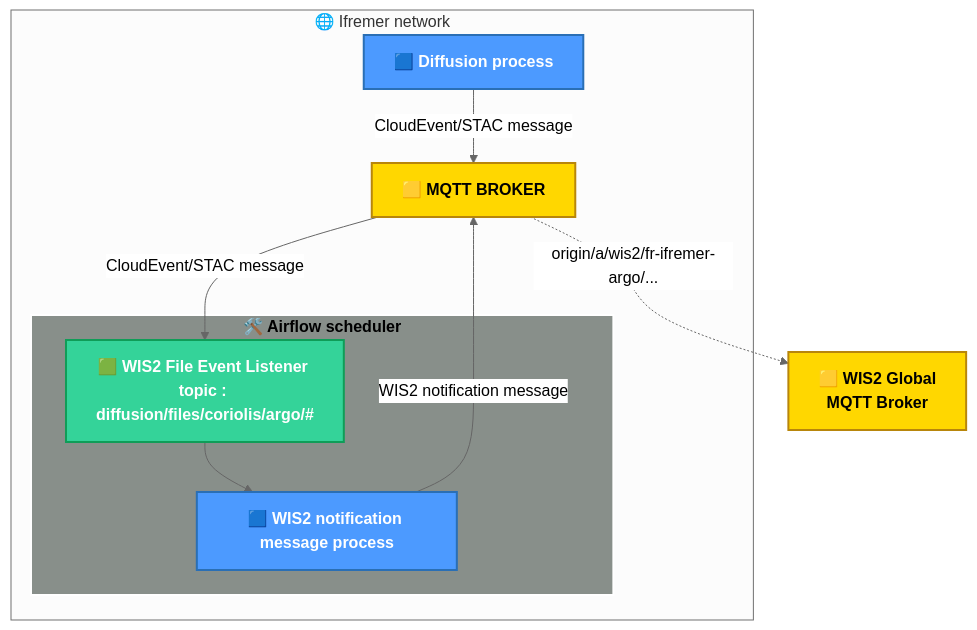
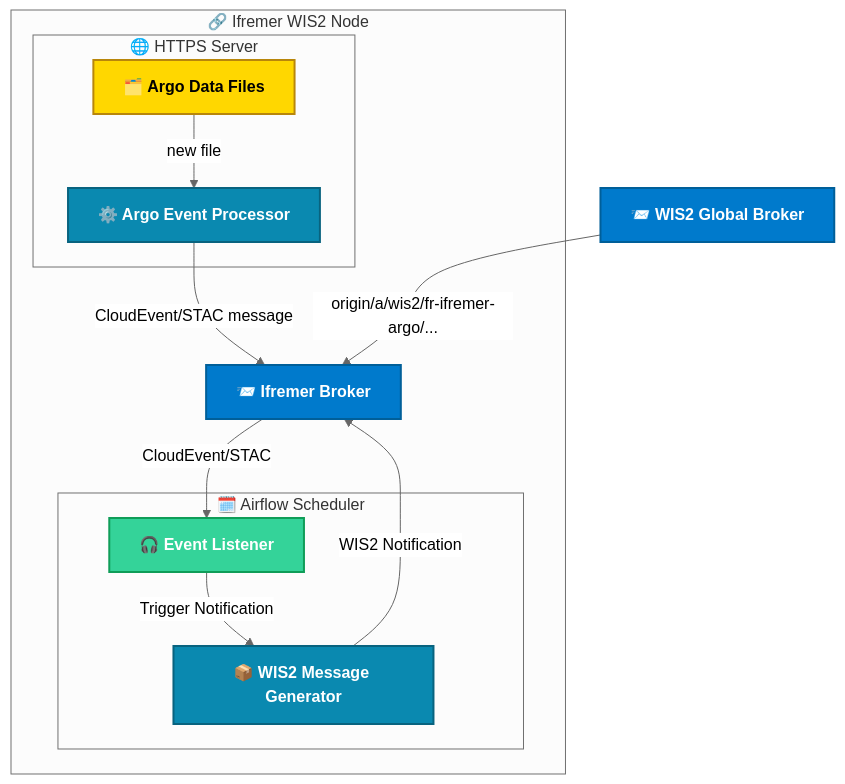
The diagram in README.md (ifremer/wis2-data-processing-chain), drawn with Mermaid (neutral theme) before and after one commit.

Commit message:
feat: :tada: WIS2 publlication
Update mermaid graph

````diff
--- a/README.md
+++ b/README.md
@@ -22,36 +22,40 @@
-```mermaid
-graph TB;
-%% Style definitions
-classDef process fill:#4C9AFF,stroke:#2A6FB5,stroke-width:2px,color:#fff,font-weight:bold;
-classDef broker fill:#FFD700,stroke:#B8860B,stroke-width:2px,color:#000,font-weight:bold;
+```{mermaid}
+flowchart TB;
+%% Styles améliorés
+classDef filesystem fill:#FFD700,stroke:#B8860B,stroke-width:2px,color:#000,font-weight:bold;
+classDef process fill:#0A89B0,stroke:#08637F,stroke-width:2px,color:#fff,font-weight:bold;
+classDef broker fill:#007acc,stroke:#005f99,stroke-width:2px,color:#fff,font-weight:bold;
 classDef listener fill:#34D399,stroke:#0F9D58,stroke-width:2px,color:#fff,font-weight:bold;
 classDef airflow fill:#888f8a,stroke:#ffffff,stroke-width:2px,color:#000,font-weight:bold;
 
-%% Internal network representation
-subgraph internal_network["🌐 Ifremer network"]
-  diffusion_process["🟦 Diffusion process"]:::process
-  broker_ifremer["🟨 MQTT BROKER"]:::broker
+%% Réseau interne - Ifremer WIS2 Node
+subgraph internal_network["🔗 Ifremer WIS2 Node"]
+  broker_ifremer["📨 Ifremer Broker"]:::broker
 
-  %% Airflow subsystem
-  subgraph airflow_subgraph["🛠️ Airflow scheduler"]
-    mqtt_listener["🟩 WIS2 File Event Listener <br/>topic : diffusion/files/coriolis/argo/#"]:::listener
-    notification_message_process["🟦 WIS2 notification message process"]:::process
+  %% Serveur Web sécurisé
+  subgraph https_server_subgraph["🌐 HTTPS Server"]
+    data_filesystem["🗂️ Argo Data Files"]:::filesystem
+    diffusion_process["⚙️ Argo Event Processor"]:::process
   end
 
-  %% Internal connections
+  %% Planification des tâches - Airflow
+  subgraph airflow_subgraph["🗓️ Airflow Scheduler"]
+    mqtt_listener["🎧 Event Listener"]:::listener
+    notification_message_process["📦 WIS2 Message Generator"]:::process
+  end
+
+  %% Connexions internes
+  data_filesystem -->|new file| diffusion_process
   diffusion_process -->|CloudEvent/STAC message| broker_ifremer
-  broker_ifremer -->|CloudEvent/STAC message| mqtt_listener
-  mqtt_listener --> notification_message_process
-  notification_message_process -->|WIS2 notification message| broker_ifremer
+  broker_ifremer -->|CloudEvent/STAC| mqtt_listener
+  mqtt_listener -->|Trigger Notification| notification_message_process
+  notification_message_process -->|WIS2 Notification| broker_ifremer
 end
 
-%% External node outside internal network
-broker_wis2["🟨 WIS2 Global <br/> MQTT Broker"]:::broker
+%% Noeuds externes
+broker_wis2["📨 WIS2 Global Broker"]:::broker
 
-%% Connection between internal network and external broker
-broker_ifremer -.->|origin/a/wis2/fr-ifremer-argo/...| broker_wis2
-
-%% Apply styles after subgraph declaration
-class airflow_subgraph airflow;
+%% Connexions externes
+broker_wis2 -->|origin/a/wis2/fr-ifremer-argo/...| broker_ifremer
 
 ```
````
